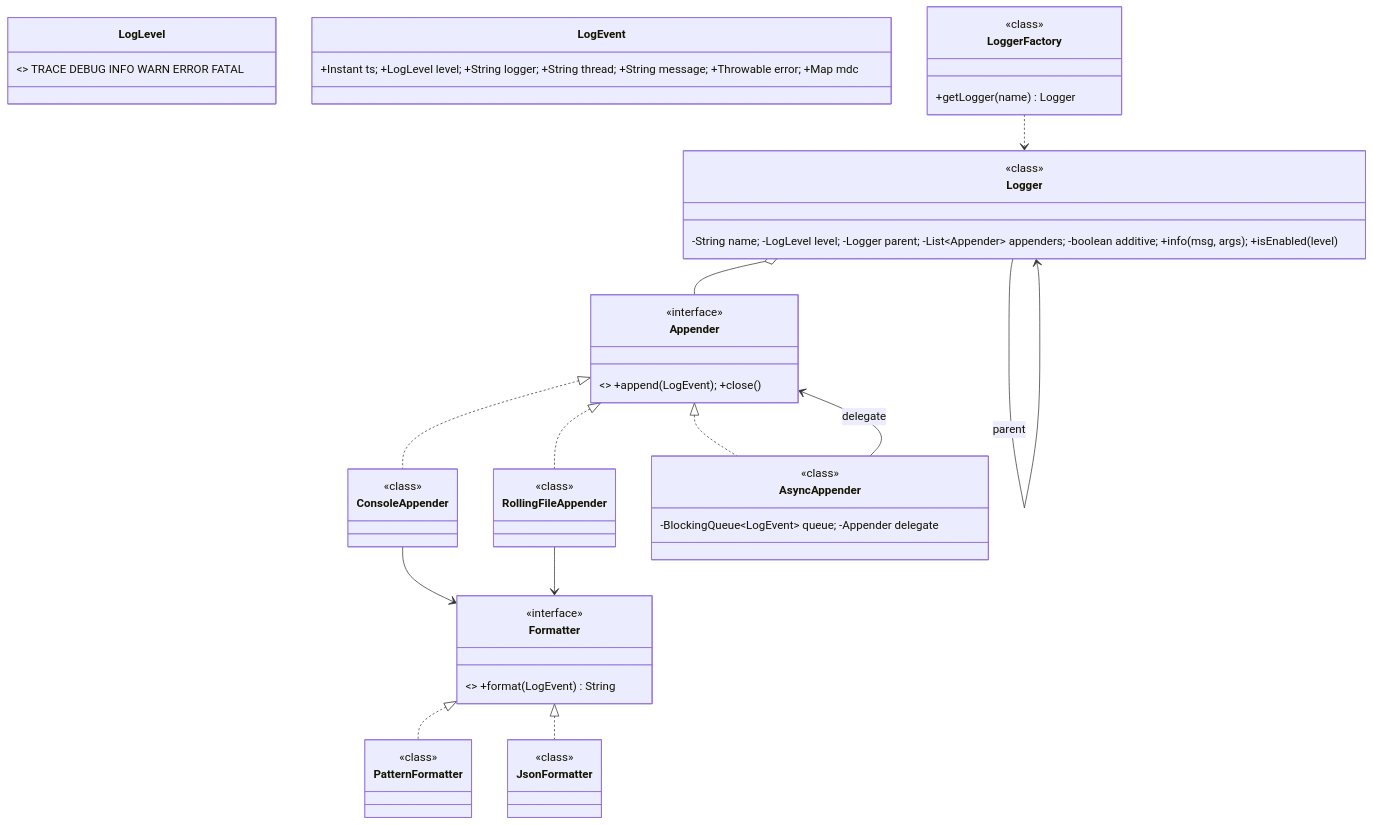
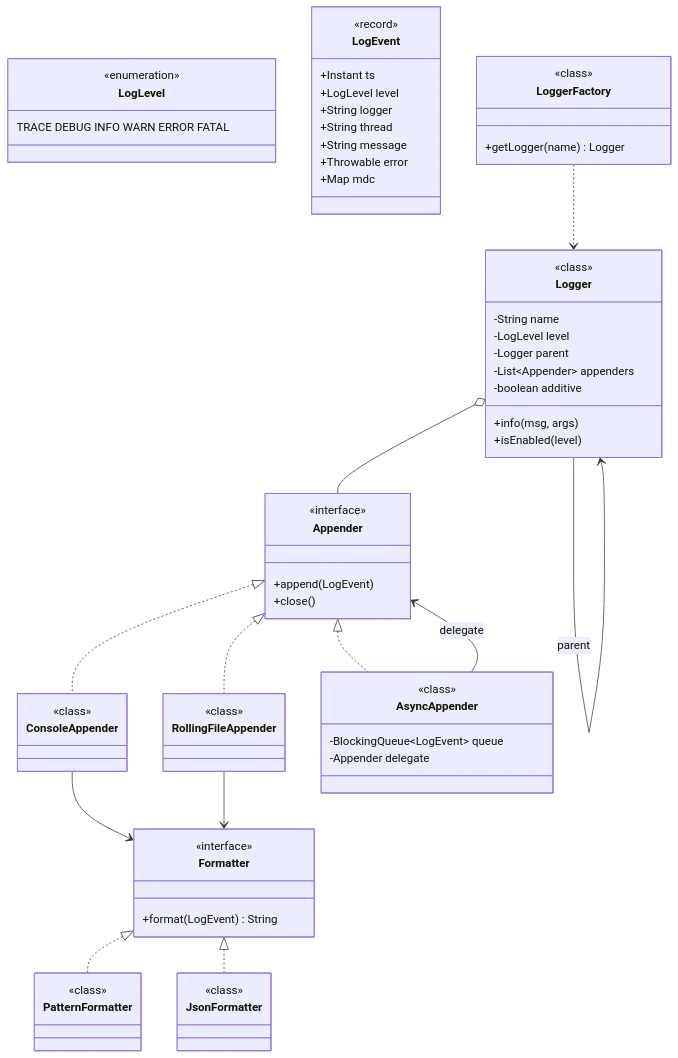
Before and after one commit to amarkum/amarkumar.guru: the first of 2 diagrams in system-design/lld/23-logging-framework.md, drawn with Mermaid. The commit also changed other lines of this file and 27 other files, not shown here.

````diff
--- a/system-design/lld/23-logging-framework.md
+++ b/system-design/lld/23-logging-framework.md
@@ -41,48 +41,80 @@
 ```mermaid
 classDiagram
-    class LogLevel { <<enumeration>> TRACE DEBUG INFO WARN ERROR FATAL }
-    class LogEvent { +Instant ts; +LogLevel level; +String logger; +String thread; +String message; +Throwable error; +Map mdc }
-    class Logger { -String name; -LogLevel level; -Logger parent; -List~Appender~ appenders; -boolean additive; +info(msg, args); +isEnabled(level) }
-    class LoggerFactory { +getLogger(name) Logger }
-    class Appender { <<interface>> +append(LogEvent); +close() }
+    class LogLevel {
+      <<enumeration>>
+      TRACE DEBUG INFO WARN ERROR FATAL
+    }
+    class LogEvent {
+      <<record>>
+      +Instant ts
+      +LogLevel level
+      +String logger
+      +String thread
+      +String message
+      +Throwable error
+      +Map mdc
+    }
+    class Logger {
+      -String name
+      -LogLevel level
+      -Logger parent
+      -List~Appender~ appenders
+      -boolean additive
+      +info(msg, args)
+      +isEnabled(level)
+    }
+    class LoggerFactory {
+      +getLogger(name) Logger
+    }
+    class Appender {
+      <<interface>>
+      +append(LogEvent)
+      +close()
+    }
     class ConsoleAppender {
       <<class>>
     }
     class RollingFileAppender {
       <<class>>
     }
-    class AsyncAppender { -BlockingQueue~LogEvent~ queue; -Appender delegate }
-    class Formatter { <<interface>> +format(LogEvent) String }
+    class AsyncAppender {
+      -BlockingQueue~LogEvent~ queue
+      -Appender delegate
+    }
+    class Formatter {
+      <<interface>>
+      +format(LogEvent) String
+    }
     class PatternFormatter {
       <<class>>
     }
     class JsonFormatter {
       <<class>>
     }
     Logger --> Logger : parent
     Logger o-- Appender
     Appender <|.. ConsoleAppender
     Appender <|.. RollingFileAppender
     Appender <|.. AsyncAppender
     AsyncAppender --> Appender : delegate
     ConsoleAppender --> Formatter
     RollingFileAppender --> Formatter
     Formatter <|.. PatternFormatter
     Formatter <|.. JsonFormatter
     LoggerFactory ..> Logger
     class LoggerFactory {
       <<class>>
     }
     class Logger {
       <<class>>
     }
     class Formatter {
       <<interface>>
     }
     class Appender {
       <<interface>>
     }
     class AsyncAppender {
       <<class>>
     }
 ```
````
